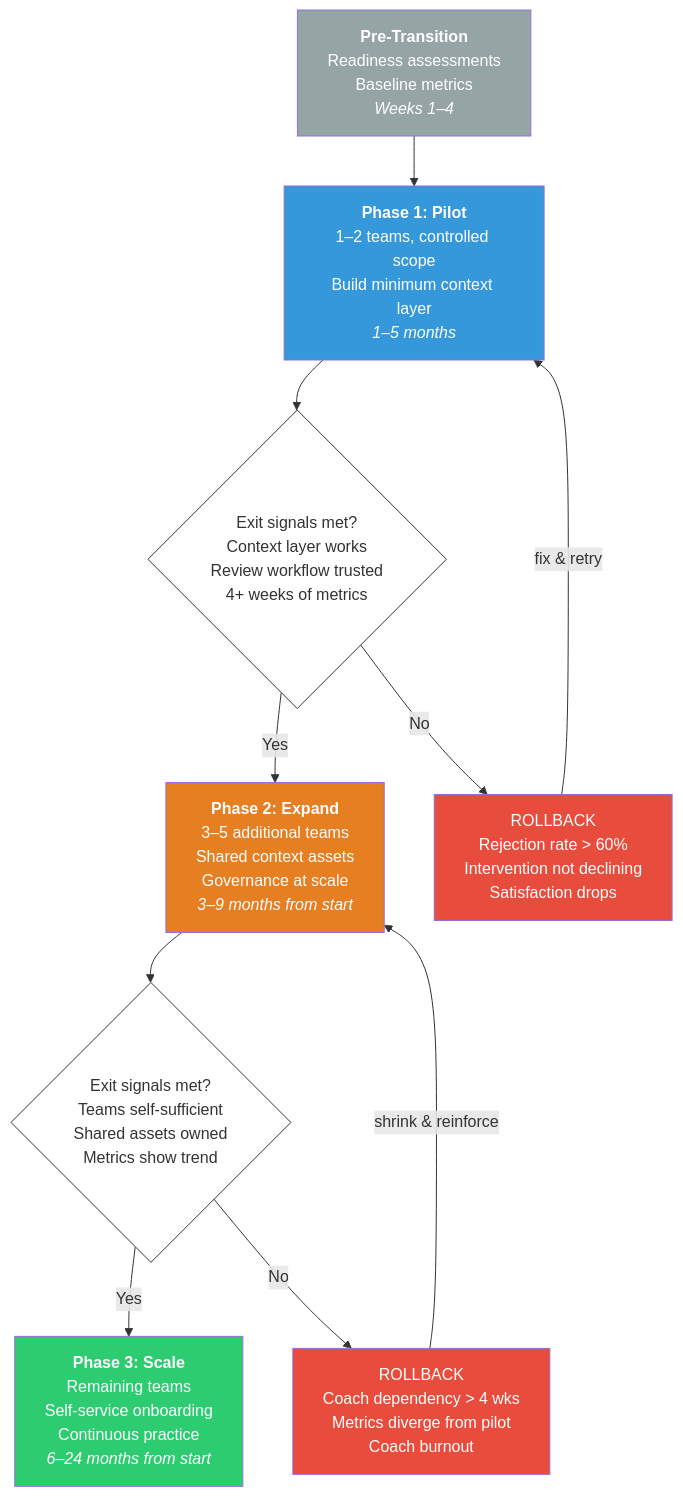
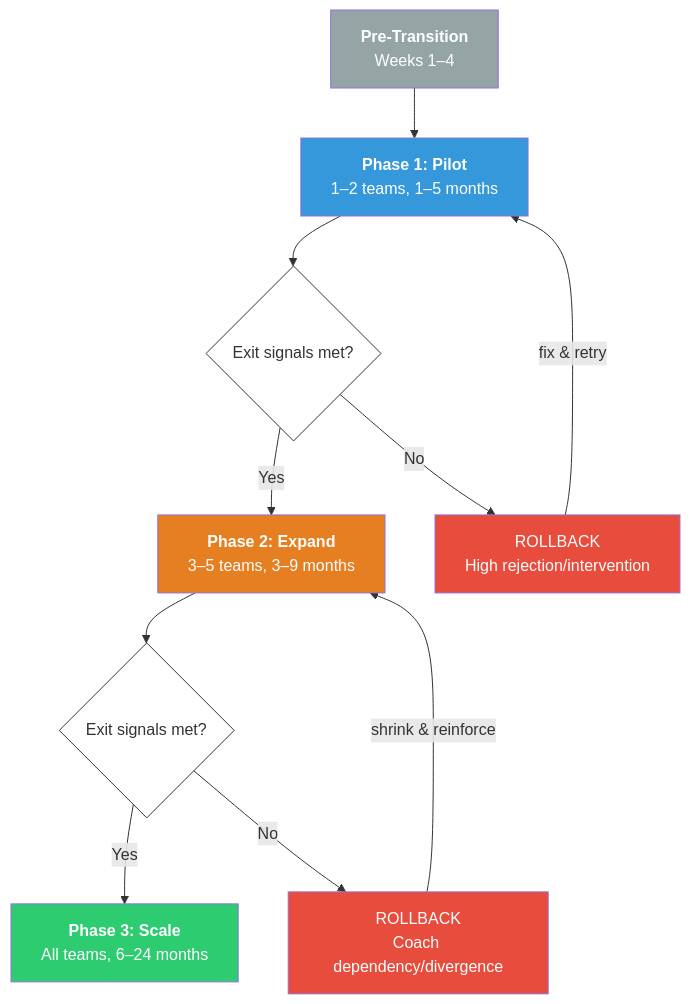
One commit to danielmeppiel/agentic-sdlc-handbook changed the diagram in handbook/ch07-planning-the-transition.qmd. Above: the diagram before and after it, drawn with Mermaid. The commit also changed 16 other files, not shown here.

First line of the commit message:
fix: aggressive fig-width capping — RCA-driven mermaid rendering overhaul

````diff
--- a/handbook/ch07-planning-the-transition.qmd
+++ b/handbook/ch07-planning-the-transition.qmd
@@ -84,38 +84,38 @@
 ```{mermaid}
-%%| fig-width: 8.5
+%%| fig-width: 6.5
 flowchart TB
-    PRE["<b>Pre-Transition</b><br/>Readiness assessments<br/>Baseline metrics<br/><em>Weeks 1–4</em>"]
+    PRE["<b>Pre-Transition</b><br/>Weeks 1–4"]
 
-    P1["<b>Phase 1: Pilot</b><br/>1–2 teams, controlled scope<br/>Build minimum context layer<br/><em>1–5 months</em>"]
+    P1["<b>Phase 1: Pilot</b><br/>1–2 teams, 1–5 months"]
 
-    G1{"Exit signals met?<br/>Context layer works<br/>Review workflow trusted<br/>4+ weeks of metrics"}
+    G1{"Exit signals met?"}
 
-    P2["<b>Phase 2: Expand</b><br/>3–5 additional teams<br/>Shared context assets<br/>Governance at scale<br/><em>3–9 months from start</em>"]
+    P2["<b>Phase 2: Expand</b><br/>3–5 teams, 3–9 months"]
 
-    G2{"Exit signals met?<br/>Teams self-sufficient<br/>Shared assets owned<br/>Metrics show trend"}
+    G2{"Exit signals met?"}
 
-    P3["<b>Phase 3: Scale</b><br/>Remaining teams<br/>Self-service onboarding<br/>Continuous practice<br/><em>6–24 months from start</em>"]
+    P3["<b>Phase 3: Scale</b><br/>All teams, 6–24 months"]
 
-    RB1["ROLLBACK<br/>Rejection rate > 60%<br/>Intervention not declining<br/>Satisfaction drops"]
+    RB1["ROLLBACK<br/>High rejection/intervention"]
 
-    RB2["ROLLBACK<br/>Coach dependency > 4 wks<br/>Metrics diverge from pilot<br/>Coach burnout"]
+    RB2["ROLLBACK<br/>Coach dependency/divergence"]
 
     PRE --> P1
     P1 --> G1
     G1 -->|"Yes"| P2
     G1 -->|"No"| RB1
     RB1 -->|"fix & retry"| P1
     P2 --> G2
     G2 -->|"Yes"| P3
     G2 -->|"No"| RB2
     RB2 -->|"shrink & reinforce"| P2
 
     style PRE fill:#95a5a6,color:#fff
     style P1 fill:#3498db,color:#fff
     style P2 fill:#e67e22,color:#fff
     style P3 fill:#2ecc71,color:#fff
     style G1 fill:#fff,stroke:#333
     style G2 fill:#fff,stroke:#333
     style RB1 fill:#e74c3c,color:#fff
     style RB2 fill:#e74c3c,color:#fff
 ```
````
